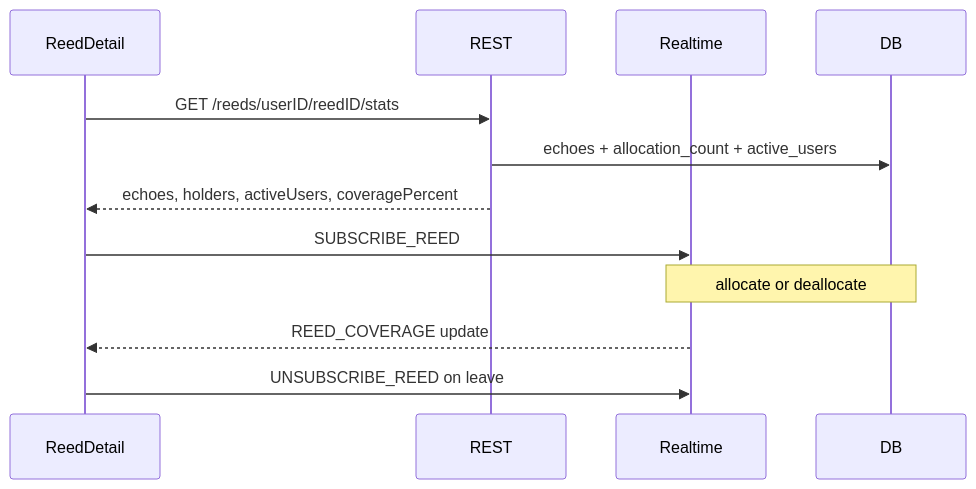
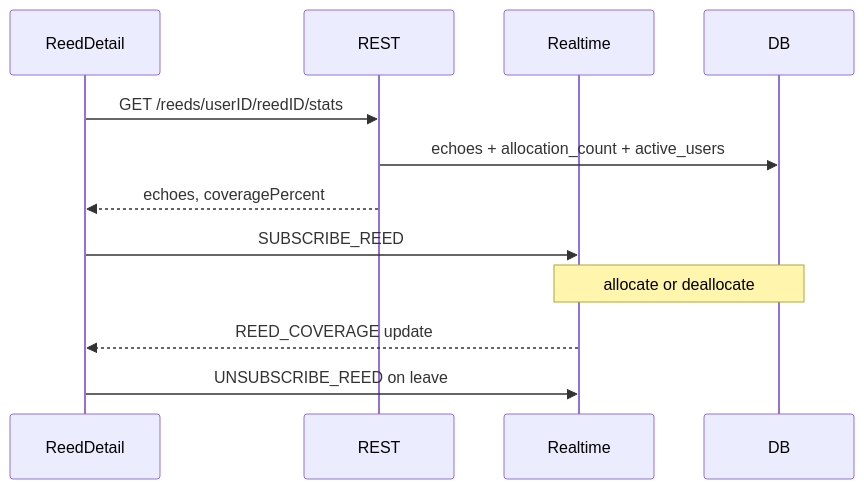
Before and after one commit to var0xyz/syrinx: the diagram in specs/coverage/00_design.md, drawn with Mermaid. The commit also changed 6 other files, not shown here.

````diff
--- a/specs/coverage/00_design.md
+++ b/specs/coverage/00_design.md
@@ -96,15 +96,15 @@
 ```mermaid
 sequenceDiagram
   participant SPA as ReedDetail
   participant API as REST
   participant WS as Realtime
   participant DB as DB
 
   SPA->>API: GET /reeds/userID/reedID/stats
   API->>DB: echoes + allocation_count + active_users
-  API-->>SPA: echoes, holders, activeUsers, coveragePercent
+  API-->>SPA: echoes, coveragePercent
   SPA->>WS: SUBSCRIBE_REED
   Note over WS,DB: allocate or deallocate
   WS-->>SPA: REED_COVERAGE update
   SPA->>WS: UNSUBSCRIBE_REED on leave
 ```
````
